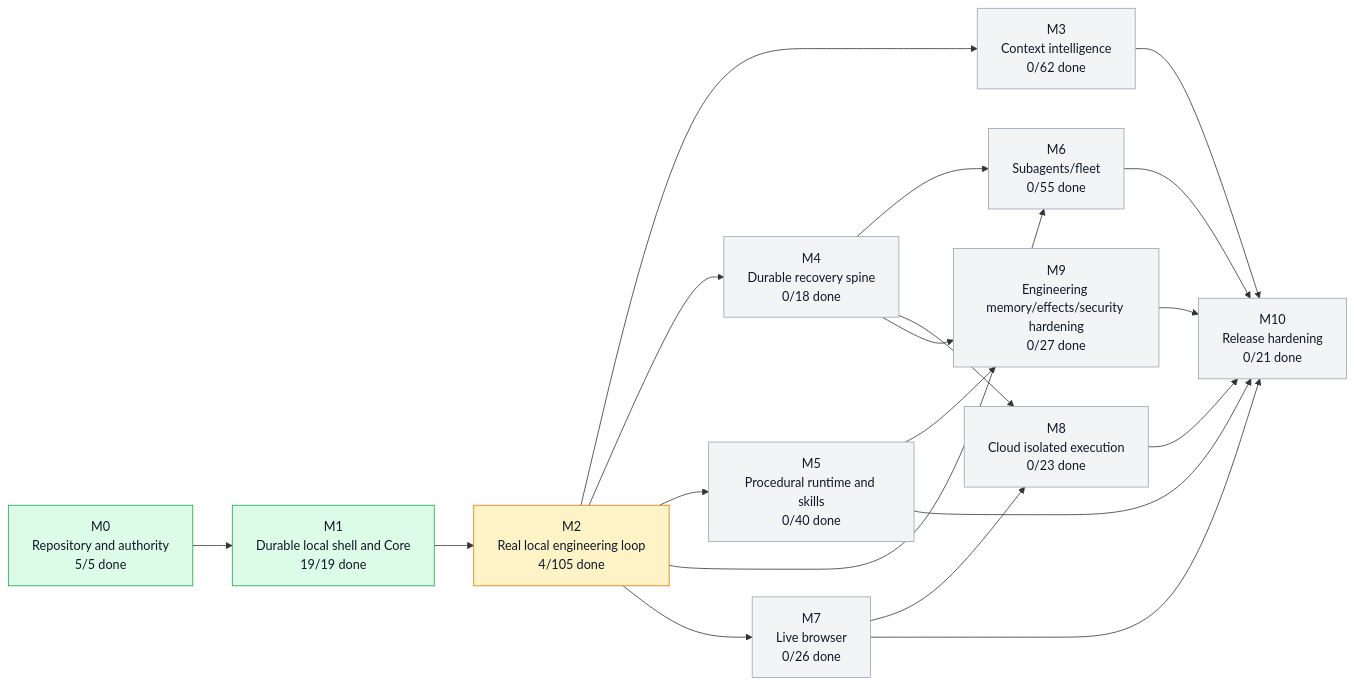
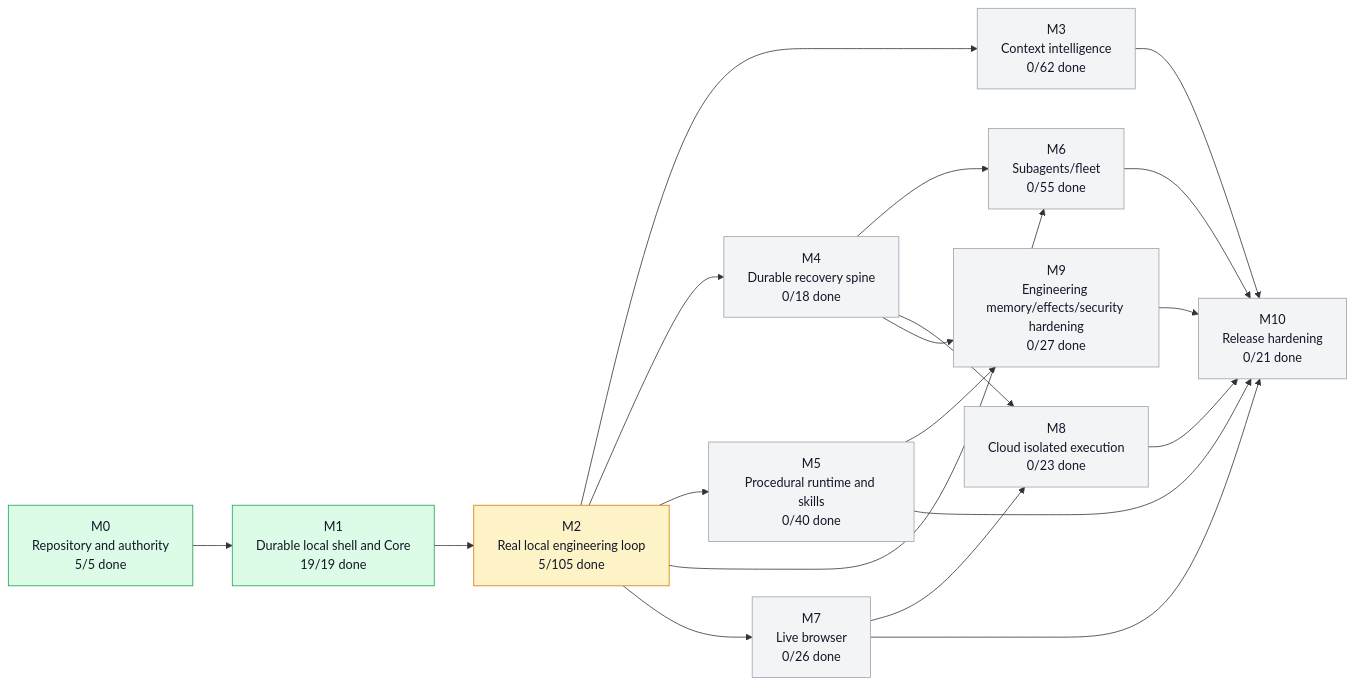
Before and after one commit to moss101/modbit: the first of 5 diagrams in graph/PROJECT_GRAPH.md, drawn with Mermaid. The commit also changed other lines of this file and 6 other files, not shown here.

````diff
--- a/graph/PROJECT_GRAPH.md
+++ b/graph/PROJECT_GRAPH.md
@@ -57,43 +57,43 @@
 ```mermaid
 flowchart LR
   M0["M0<br/>Repository and authority<br/>5/5 done"]
   M1["M1<br/>Durable local shell and Core<br/>19/19 done"]
-  M2["M2<br/>Real local engineering loop<br/>4/105 done"]
+  M2["M2<br/>Real local engineering loop<br/>5/105 done"]
   M3["M3<br/>Context intelligence<br/>0/62 done"]
   M4["M4<br/>Durable recovery spine<br/>0/18 done"]
   M5["M5<br/>Procedural runtime and skills<br/>0/40 done"]
   M6["M6<br/>Subagents/fleet<br/>0/55 done"]
   M7["M7<br/>Live browser<br/>0/26 done"]
   M8["M8<br/>Cloud isolated execution<br/>0/23 done"]
   M9["M9<br/>Engineering memory/effects/security hardening<br/>0/27 done"]
   M10["M10<br/>Release hardening<br/>0/21 done"]
   M0 --> M1
   M1 --> M2
   M2 --> M3
   M2 --> M4
   M2 --> M5
   M2 --> M6
   M4 --> M6
   M2 --> M7
   M4 --> M8
   M7 --> M8
   M4 --> M9
   M5 --> M9
   M3 --> M10
   M5 --> M10
   M6 --> M10
   M7 --> M10
   M8 --> M10
   M9 --> M10
   style M0 fill:#dcfce7,stroke:#16a34a,color:#111827
   style M1 fill:#dcfce7,stroke:#16a34a,color:#111827
   style M2 fill:#fef3c7,stroke:#d97706,color:#111827
   style M3 fill:#f3f4f6,stroke:#9ca3af,color:#111827
   style M4 fill:#f3f4f6,stroke:#9ca3af,color:#111827
   style M5 fill:#f3f4f6,stroke:#9ca3af,color:#111827
   style M6 fill:#f3f4f6,stroke:#9ca3af,color:#111827
   style M7 fill:#f3f4f6,stroke:#9ca3af,color:#111827
   style M8 fill:#f3f4f6,stroke:#9ca3af,color:#111827
   style M9 fill:#f3f4f6,stroke:#9ca3af,color:#111827
   style M10 fill:#f3f4f6,stroke:#9ca3af,color:#111827
 ```
````
